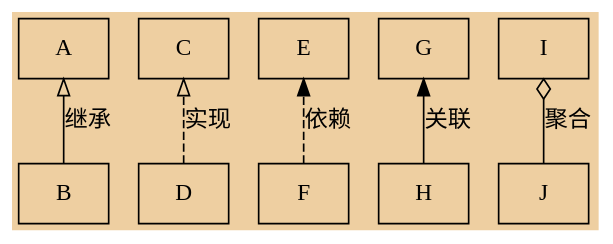
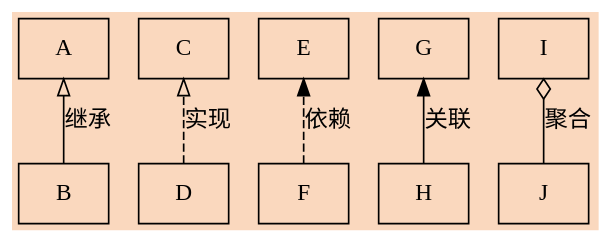
One commit to Yunobububu/ThinkInJava changed the diagram in src/Dots/uml.dot. Above: the diagram before and after it, drawn with Graphviz. The commit also changed 1 other file, not shown here.

```diff
--- a/src/Dots/uml.dot
+++ b/src/Dots/uml.dot
@@ -1,15 +1,15 @@
 digraph uml {
   /* Entities */
-  bgcolor="#EECFA1"
+  bgcolor="#fad8be"
   node  [shape="box" ]
   rankdir=BT
   B -> A [arrowhead=empty label="继承"]
   D -> C [label="实现",style="dashed",arrowhead="empty"]
   F -> E [label="依赖",style="dashed"]
   H -> G [label="关联"]
   J -> I [label="聚合",arrowhead="ediamond"]
   //i -> j[arrowhead="empty"]
   //edge[dir=back]
   /* Relationships */
 
 }
```
